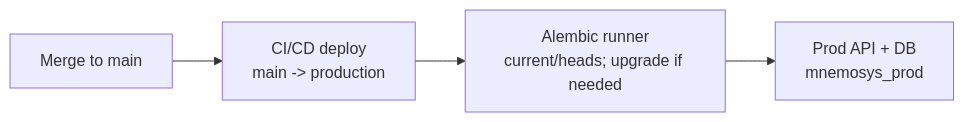
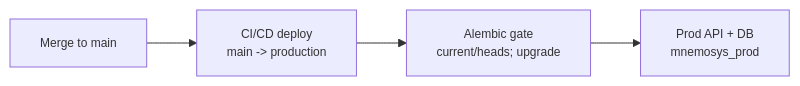
Before and after one commit to wphillipmoore/mnemosys-core: the fourth of 4 diagrams in docs/diagrams/alembic-migration-workflow.md, drawn with Mermaid. The commit also changed other lines of this file, not shown here.

Commit message:
Shrink mermaid labels to avoid clipping

````diff
--- a/docs/diagrams/alembic-migration-workflow.md
+++ b/docs/diagrams/alembic-migration-workflow.md
@@ -45,8 +51,10 @@
 ```mermaid
 flowchart LR
+  classDef compact font-size:12px;
   MAIN["Merge to main"]
   PROD_PIPE["CI/CD deploy<br/>main -> production"]
-  PROD_GATE["Alembic runner<br/>current/heads; upgrade if needed"]
+  PROD_GATE["Alembic gate<br/>current/heads; upgrade"]
   PROD_APP["Prod API + DB<br/>mnemosys_prod"]
   MAIN --> PROD_PIPE --> PROD_GATE --> PROD_APP
+  class MAIN,PROD_PIPE,PROD_GATE,PROD_APP compact;
 ```
````
